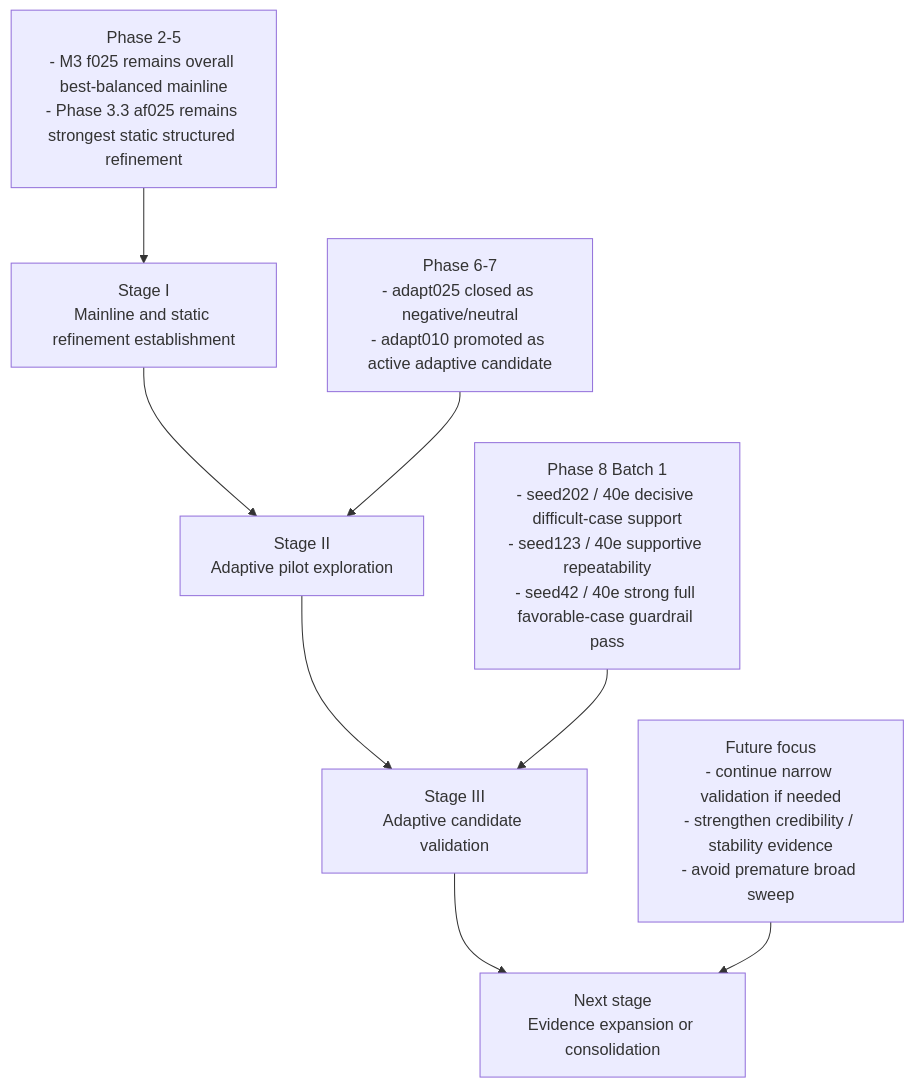
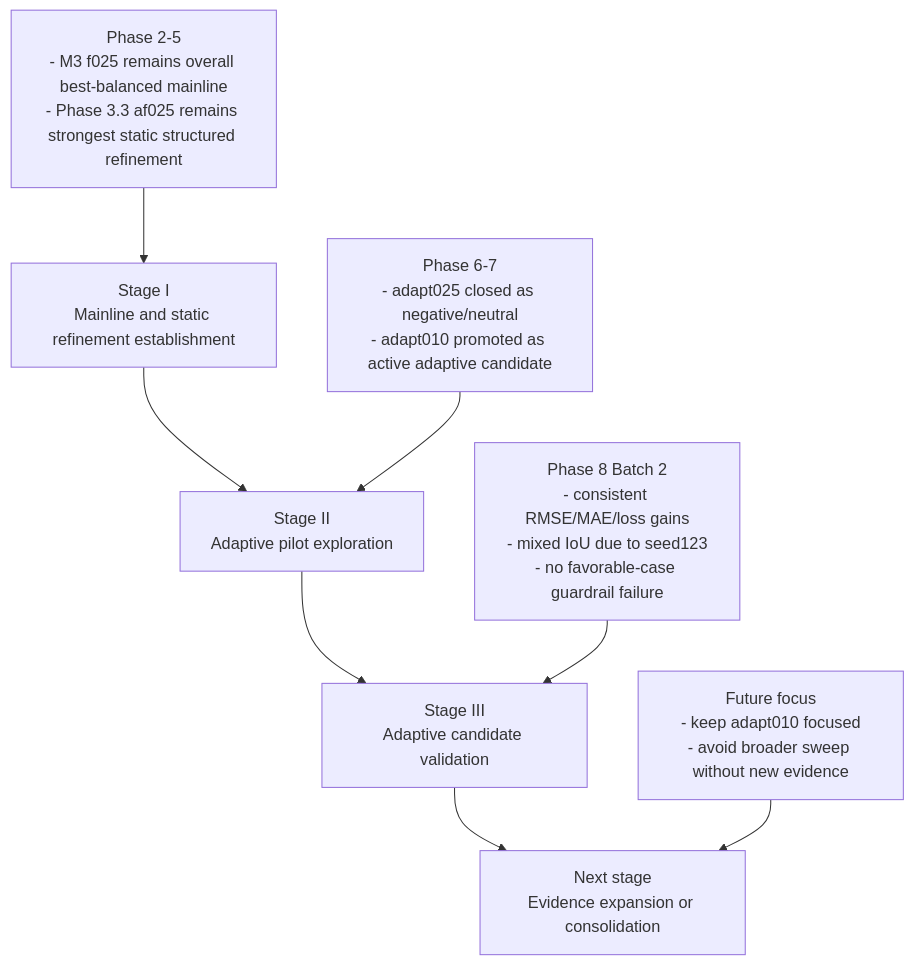
The third of 3 diagrams in README.md (HolyLin990604/physics-guided-urban-flood-prediction), drawn with Mermaid before and after one commit. The commit also changed other lines of this file and 2 other files, not shown here.

Commit message:
docs: sync phase8 batch2 conclusions to main docs

````diff
--- a/README.md
+++ b/README.md
@@ -138,11 +140,11 @@
 ```mermaid
 flowchart TD
     A[Stage I<br/>Mainline and static refinement establishment] --> B[Stage II<br/>Adaptive pilot exploration]
     B --> C[Stage III<br/>Adaptive candidate validation]
     C --> D[Next stage<br/>Evidence expansion or consolidation]
 
     A1[Phase 2-5<br/>- M3 f025 remains overall best-balanced mainline<br/>- Phase 3.3 af025 remains strongest static structured refinement] --> A
     B1[Phase 6-7<br/>- adapt025 closed as negative/neutral<br/>- adapt010 promoted as active adaptive candidate] --> B
-    C1[Phase 8 Batch 1<br/>- seed202 / 40e decisive difficult-case support<br/>- seed123 / 40e supportive repeatability<br/>- seed42 / 40e strong full favorable-case guardrail pass] --> C
-    D1[Future focus<br/>- continue narrow validation if needed<br/>- strengthen credibility / stability evidence<br/>- avoid premature broad sweep] --> D
+    C1[Phase 8 Batch 2<br/>- consistent RMSE/MAE/loss gains<br/>- mixed IoU due to seed123<br/>- no favorable-case guardrail failure] --> C
+    D1[Future focus<br/>- keep adapt010 focused<br/>- avoid broader sweep without new evidence] --> D
 ```
````
